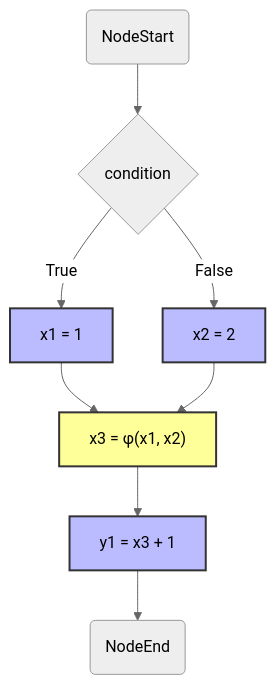
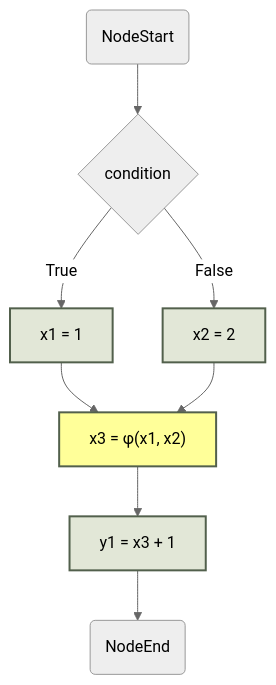
One commit to yaklang/ssa.to changed the third of 18 diagrams in static-analysis-guide/compile-ssa-form.mdx. Above: the diagram before and after it, drawn with Mermaid (neutral theme). The commit also changed other lines of this file and 91 other files, not shown here.

````diff
--- a/static-analysis-guide/compile-ssa-form.mdx
+++ b/static-analysis-guide/compile-ssa-form.mdx
@@ -190,15 +174,15 @@
 ```mermaid
 graph TD
     Start(NodeStart) --> Condition{condition}
     Condition -->|True| Block1[x1 = 1]
     Condition -->|False| Block2[x2 = 2]
     Block1 --> MergePoint
     Block2 --> MergePoint
     MergePoint["x3 = φ(x1, x2)"] --> Block3[ y1 = x3 + 1 ]
     Block3 --> End(NodeEnd)
 
-    style Block1 fill:#bbf,stroke:#333,stroke-width:2px
-    style Block2 fill:#bbf,stroke:#333,stroke-width:2px
-    style MergePoint fill:#ff9,stroke:#333,stroke-width:2px
-    style Block3 fill:#bbf,stroke:#333,stroke-width:2px
+    style Block1 fill:#e2e7d7,stroke:#52604c,stroke-width:2px
+    style Block2 fill:#e2e7d7,stroke:#52604c,stroke-width:2px
+    style MergePoint fill:#ff9,stroke:#52604c,stroke-width:2px
+    style Block3 fill:#e2e7d7,stroke:#52604c,stroke-width:2px
 ```
````
